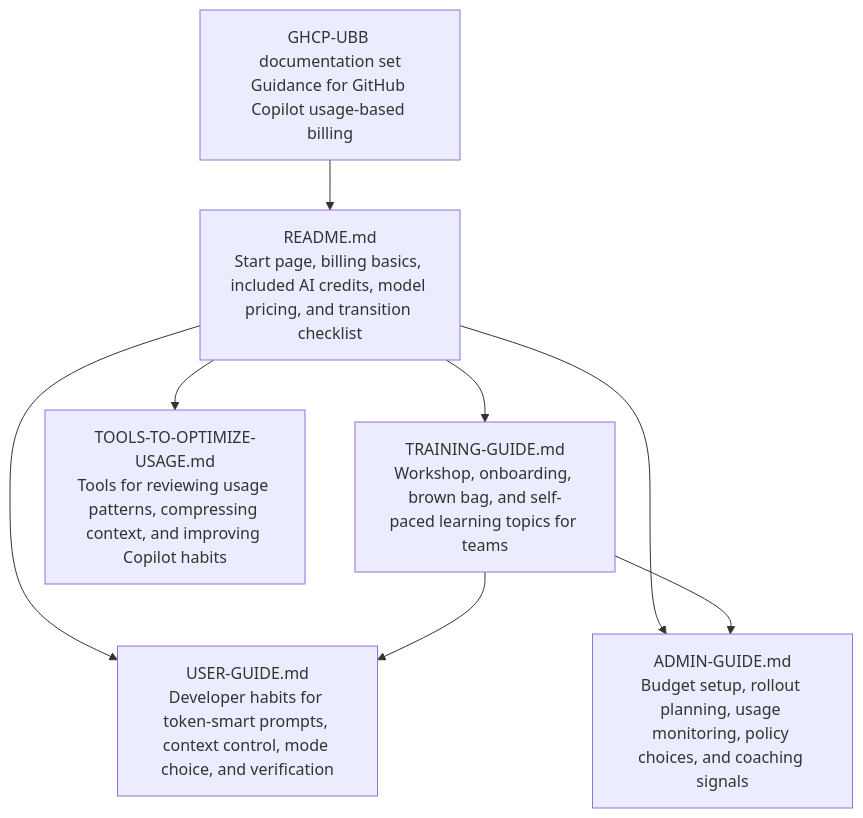
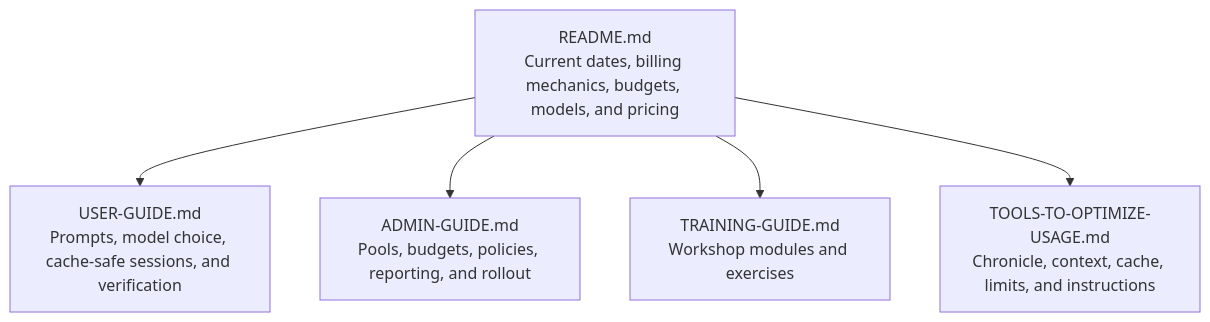
One commit to haslam93/GitHub-Copilot---Usage-Based-Billing-Info-Tips changed the second of 2 diagrams in README.md. Above: the diagram before and after it, drawn with Mermaid. The commit also changed other lines of this file and 4 other files, not shown here.

First line of the commit message:
docs: refresh Copilot UBB guidance

````diff
--- a/README.md
+++ b/README.md
@@ -69,17 +398,13 @@
 ```mermaid
 flowchart TD
-  Repo["GHCP-UBB documentation set<br/>Guidance for GitHub Copilot usage-based billing"]
-  Readme["README.md<br/>Start page, billing basics, included AI credits, model pricing, and transition checklist"]
-  UserGuide["USER-GUIDE.md<br/>Developer habits for token-smart prompts, context control, mode choice, and verification"]
-  AdminGuide["ADMIN-GUIDE.md<br/>Budget setup, rollout planning, usage monitoring, policy choices, and coaching signals"]
-  TrainingGuide["TRAINING-GUIDE.md<br/>Workshop, onboarding, brown bag, and self-paced learning topics for teams"]
-  ToolsGuide["TOOLS-TO-OPTIMIZE-USAGE.md<br/>Tools for reviewing usage patterns, compressing context, and improving Copilot habits"]
+  README["README.md<br/>Current dates, billing mechanics, budgets, models, and pricing"]
+  USER["USER-GUIDE.md<br/>Prompts, model choice, cache-safe sessions, and verification"]
+  ADMIN["ADMIN-GUIDE.md<br/>Pools, budgets, policies, reporting, and rollout"]
+  TRAINING["TRAINING-GUIDE.md<br/>Workshop modules and exercises"]
+  TOOLS["TOOLS-TO-OPTIMIZE-USAGE.md<br/>Chronicle, context, cache, limits, and instructions"]
 
-  Repo --> Readme
-  Readme --> UserGuide
-  Readme --> AdminGuide
-  Readme --> TrainingGuide
-  Readme --> ToolsGuide
-  TrainingGuide --> UserGuide
-  TrainingGuide --> AdminGuide
+  README --> USER
+  README --> ADMIN
+  README --> TRAINING
+  README --> TOOLS
 ```
````
